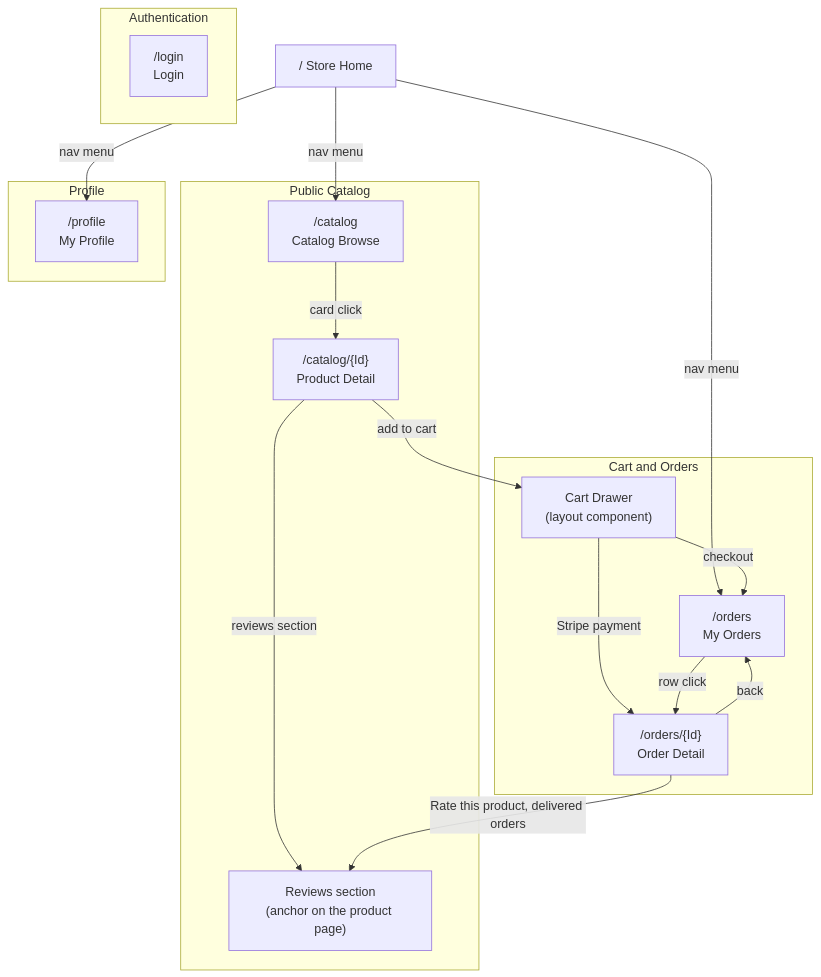
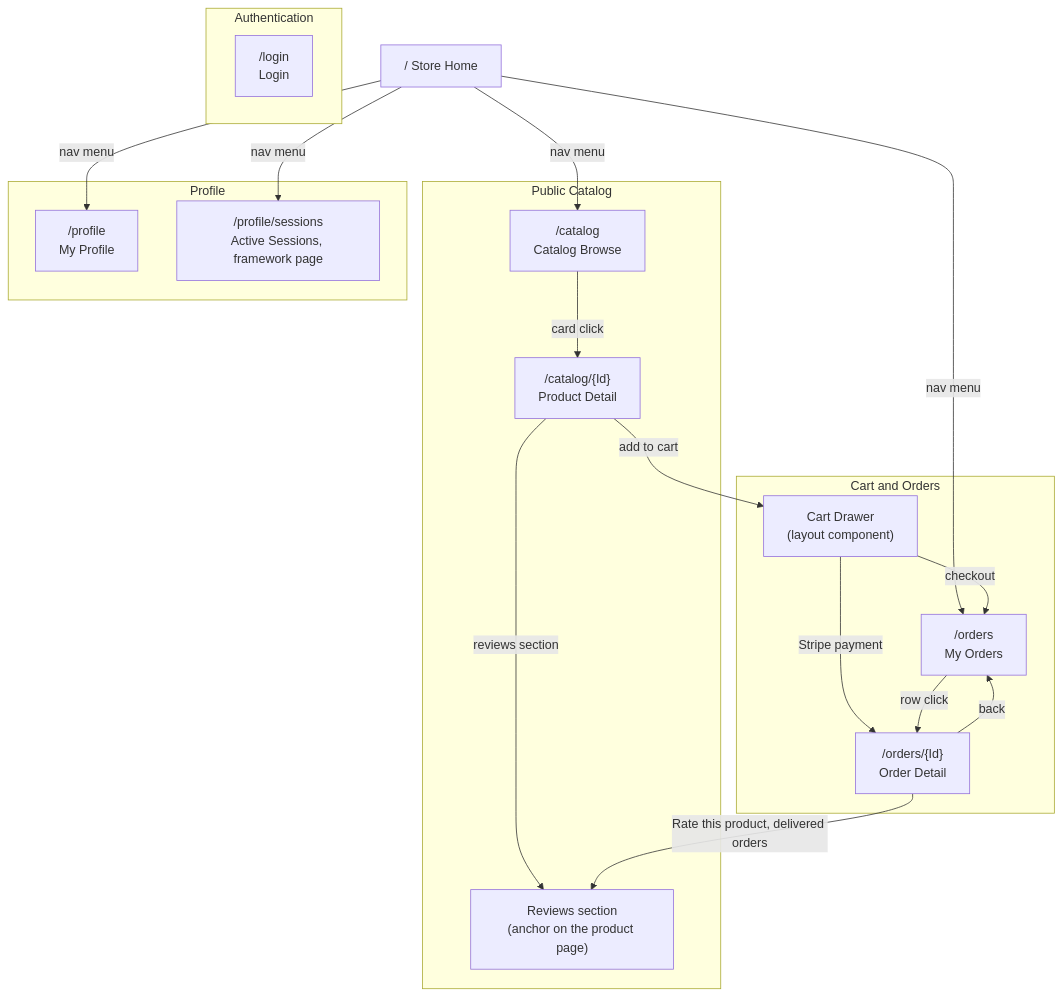
Before and after one commit to ivanball/ivanball.github.io: the second of 3 diagrams in docs-src/guides/store-NavigationFlow.md, drawn with Mermaid. The commit also changed other lines of this file and 17 other files, not shown here.

First line of the commit message:
docs: ADR-027 culture-pin amendment, ADR-120 guardrail revision, navigation-flow role admin, backlog re-anchors (#187)

````diff
--- a/docs-src/guides/store-NavigationFlow.md
+++ b/docs-src/guides/store-NavigationFlow.md
@@ -66,39 +66,41 @@
 ```mermaid
 flowchart TD
     subgraph Auth["Authentication"]
         Login["/login<br/>Login"]
     end
 
     subgraph Catalog["Public Catalog"]
         Browse["/catalog<br/>Catalog Browse"]
         ProductDetail["/catalog/{Id}<br/>Product Detail"]
         Reviews["Reviews section<br/>(anchor on the product page)"]
     end
 
     subgraph Sales["Cart and Orders"]
         Cart["Cart Drawer<br/>(layout component)"]
         Orders["/orders<br/>My Orders"]
         OrderDetail["/orders/{Id}<br/>Order Detail"]
     end
 
     subgraph Identity["Profile"]
         Profile["/profile<br/>My Profile"]
+        Sessions["/profile/sessions<br/>Active Sessions, framework page"]
     end
 
     Home["/  Store Home"]
 
     Home -->|nav menu| Browse
     Home -->|nav menu| Orders
     Home -->|nav menu| Profile
+    Home -->|nav menu| Sessions
 
     Browse -->|card click| ProductDetail
     ProductDetail -->|add to cart| Cart
     Cart -->|checkout| Orders
     Cart -->|Stripe payment| OrderDetail
 
     Orders -->|row click| OrderDetail
     OrderDetail -->|back| Orders
 
     ProductDetail -->|reviews section| Reviews
     OrderDetail -->|Rate this product, delivered orders| Reviews
 ```
````
